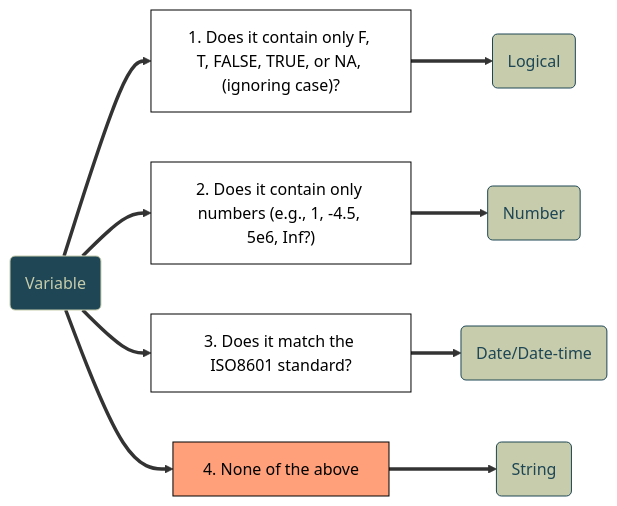
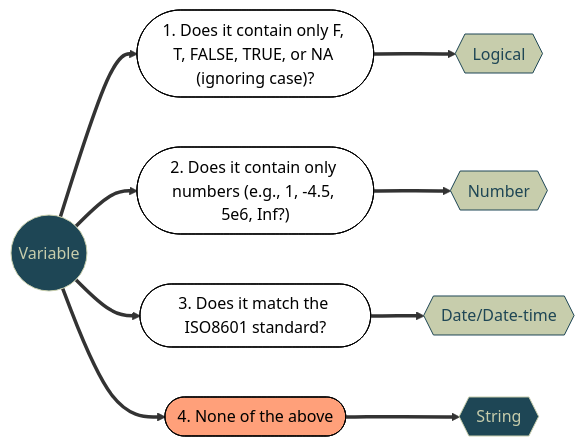
Before and after one commit to vsass/CSSS508: the fifth of 5 diagrams in Lectures/Lecture4/CSSS508_Lecture4.qmd, drawn with Mermaid. The commit also changed other lines of this file and 21 other files, not shown here.

````diff
--- a/Lectures/Lecture4/CSSS508_Lecture4.qmd
+++ b/Lectures/Lecture4/CSSS508_Lecture4.qmd
@@ -458,21 +460,21 @@
 ```{mermaid}
 %%| echo: false
 %%| fig-width: 11
 %%| fig-height: 5.5
 %%| fig-align: center
 flowchart LR
-    id1(Variable)==>A["1. Does it contain only F, T, FALSE, TRUE, or NA, (ignoring case)?"]==>id2(Logical)
-    id1(Variable)==>B["2. Does it contain only numbers (e.g., 1, -4.5, 5e6, Inf?)"]==>id3(Number)
-    id1(Variable)==>C["3. Does it match the ISO8601 standard?"]==>id4(Date/Date-time)
-    id1(Variable)==>D["4. None of the above"]==>id5(String)
+    id1((Variable))==>A(["1. Does it contain only F, T, FALSE, TRUE, or NA (ignoring case)?"])==>id2{{Logical}}
+    id1((Variable))==>B(["2. Does it contain only numbers (e.g., 1, -4.5, 5e6, Inf?)"])==>id3{{Number}}
+    id1((Variable))==>C(["3. Does it match the ISO8601 standard?"])==>id4{{Date/Date-time}}
+    id1((Variable))==>D(["4. None of the above"])==>id5{{String}}
     style id1 fill:#1e4655,color:#c7cdac,stroke:#c7cdac
     style id2 fill:#c7cdac,color:#1e4655,stroke:#1e4655
     style id3 fill:#c7cdac,color:#1e4655,stroke:#1e4655
     style id4 fill:#c7cdac,color:#1e4655,stroke:#1e4655
-    style id5 fill:#c7cdac,color:#1e4655,stroke:#1e4655
+    style id5 fill:#1e4655,color:#c7cdac,stroke:#c7cdac
     style A fill:#FFFFFF,color:#000000,stroke:#000000
     style B fill:#FFFFFF,color:#000000,stroke:#000000
     style C fill:#FFFFFF,color:#000000,stroke:#000000
     style D fill:#ffa07a,color:#000000,stroke:#000000
 
 ```
````
